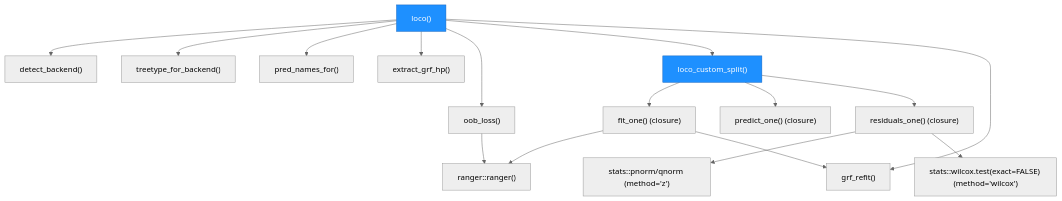
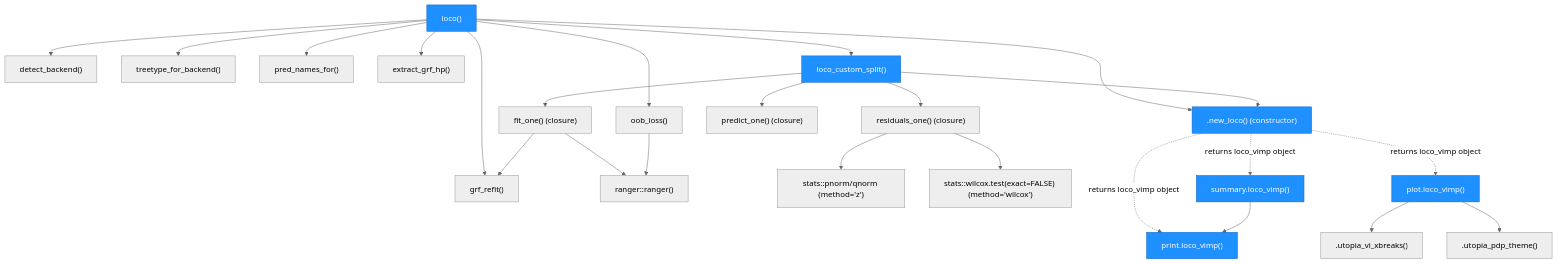
One commit to CetiAlphaFive/UtopiaPlanitia changed the second of 3 diagrams in ARCHITECTURE.md. Above: the diagram before and after it, drawn with Mermaid. The commit also changed other lines of this file and 4 other files, not shown here.

First line of the commit message:
scriber: document loco() S3 methods, clear ARCHITECTURE.md check NOTE

````diff
--- a/ARCHITECTURE.md
+++ b/ARCHITECTURE.md
@@ -135,25 +152,38 @@
 ```mermaid
 %%{init: {'theme': 'neutral'}}%%
 graph TD
     loco["loco()"]
     loco --> detect_backend["detect_backend()"]
     loco --> treetype["treetype_for_backend()"]
     loco --> pred_names["pred_names_for()"]
     loco --> extract_hp["extract_grf_hp()"]
     loco --> oob_loss["oob_loss()"]
     loco --> loco_split["loco_custom_split()"]
     loco --> grf_refit["grf_refit()"]
+    loco --> new_loco[".new_loco() (constructor)"]
 
     loco_split --> fit_one["fit_one() (closure)"]
     loco_split --> predict_one["predict_one() (closure)"]
     loco_split --> residuals_one["residuals_one() (closure)"]
+    loco_split --> new_loco
     fit_one --> ranger_fit["ranger::ranger()"]
     fit_one --> grf_refit
     residuals_one --> ztest["stats::pnorm/qnorm (method='z')"]
     residuals_one --> wilcoxtest["stats::wilcox.test(exact=FALSE) (method='wilcox')"]
 
     oob_loss --> ranger_fit
 
+    new_loco -. returns loco_vimp object .-> print_loco["print.loco_vimp()"]
+    new_loco -. returns loco_vimp object .-> summary_loco["summary.loco_vimp()"]
+    new_loco -. returns loco_vimp object .-> plot_loco["plot.loco_vimp()"]
+    summary_loco --> print_loco
+    plot_loco --> vi_xbreaks[".utopia_vi_xbreaks()"]
+    plot_loco --> pdp_theme[".utopia_pdp_theme()"]
+
     style loco fill:#1e90ff,stroke:#1565c0,color:#fff
     style loco_split fill:#1e90ff,stroke:#1565c0,color:#fff
+    style new_loco fill:#1e90ff,stroke:#1565c0,color:#fff
+    style print_loco fill:#1e90ff,stroke:#1565c0,color:#fff
+    style summary_loco fill:#1e90ff,stroke:#1565c0,color:#fff
+    style plot_loco fill:#1e90ff,stroke:#1565c0,color:#fff
 ```
````
